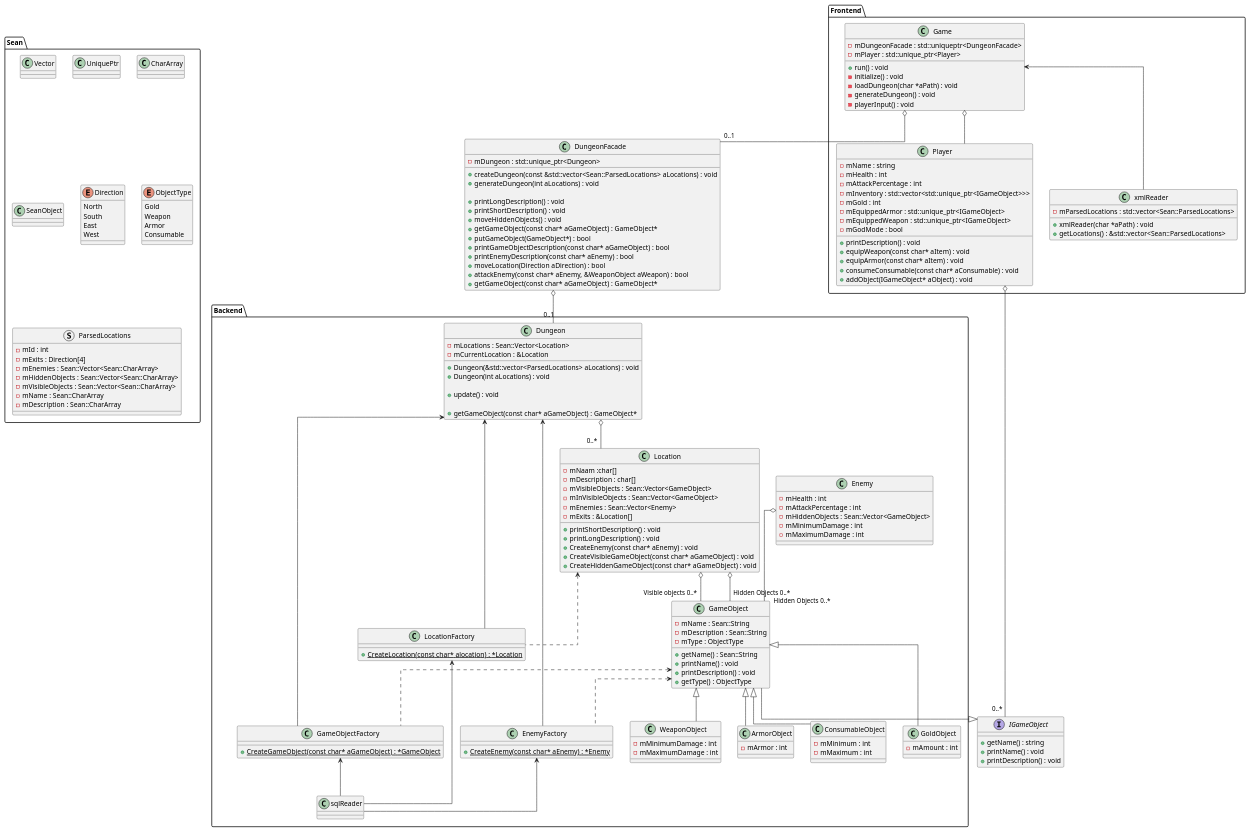
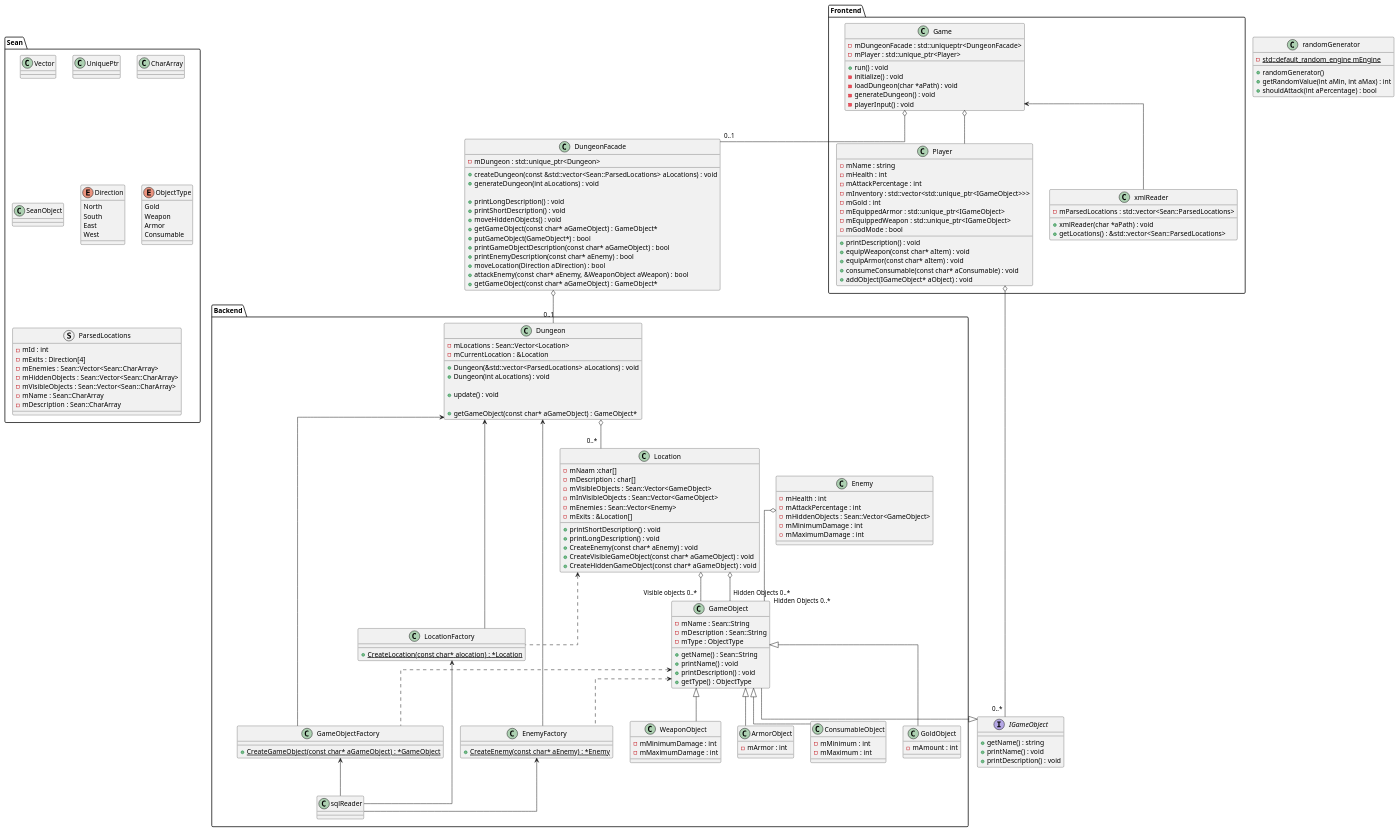
The diagram in docs/classDiagram/class.puml (heavydragon99/CPP_Assessment), drawn with PlantUML before and after one commit. The commit also changed 17 other files, not shown here.

```diff
--- a/docs/classDiagram/class.puml
+++ b/docs/classDiagram/class.puml
@@ -220,6 +220,16 @@
     + printDescription() : void
 }
 
+class randomGenerator{
+    + randomGenerator()
+    + getRandomValue(int aMin, int aMax) : int
+    + shouldAttack(int aPercentage) : bool
+
+    - {static} std::default_random_engine mEngine
+
+
+}
+
 Game o-- "0..1" DungeonFacade
 
 Player o-- "0..*" IGameObject
```
